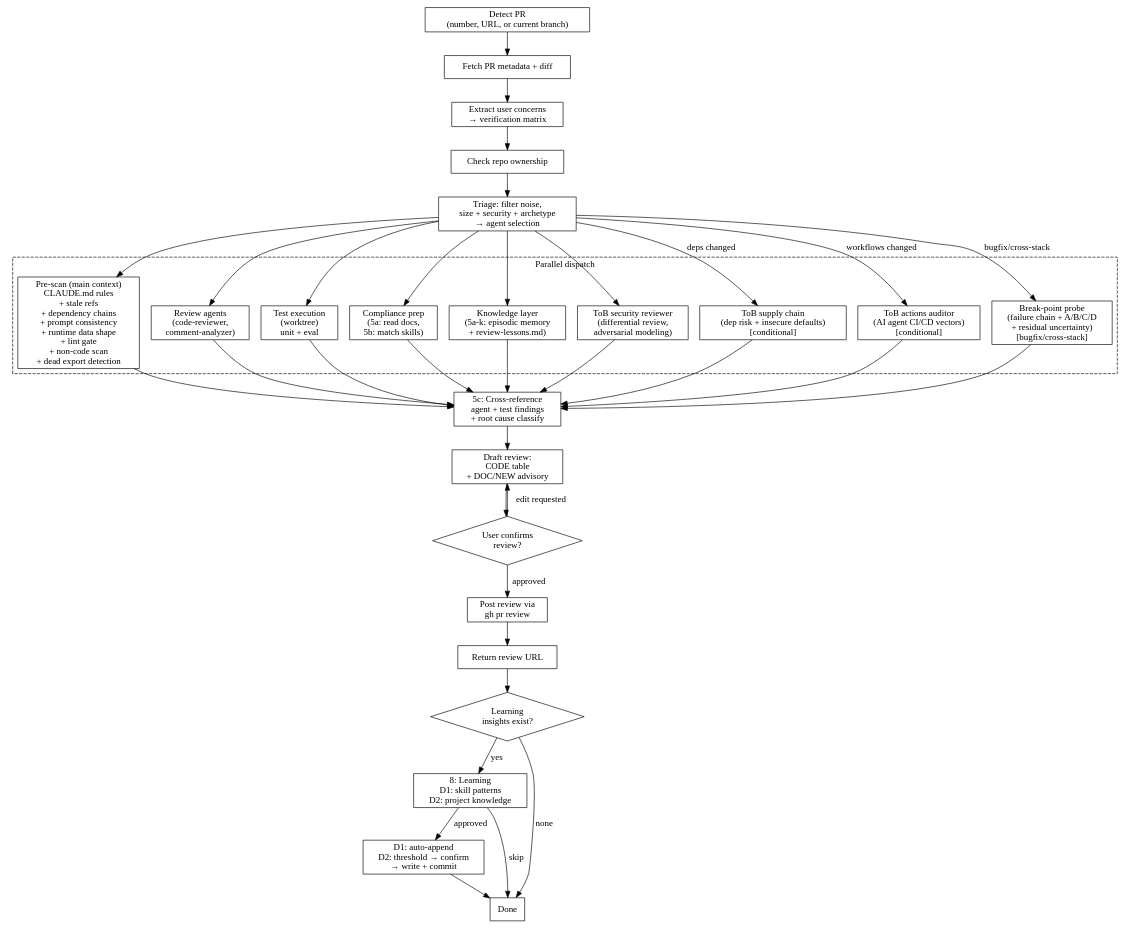
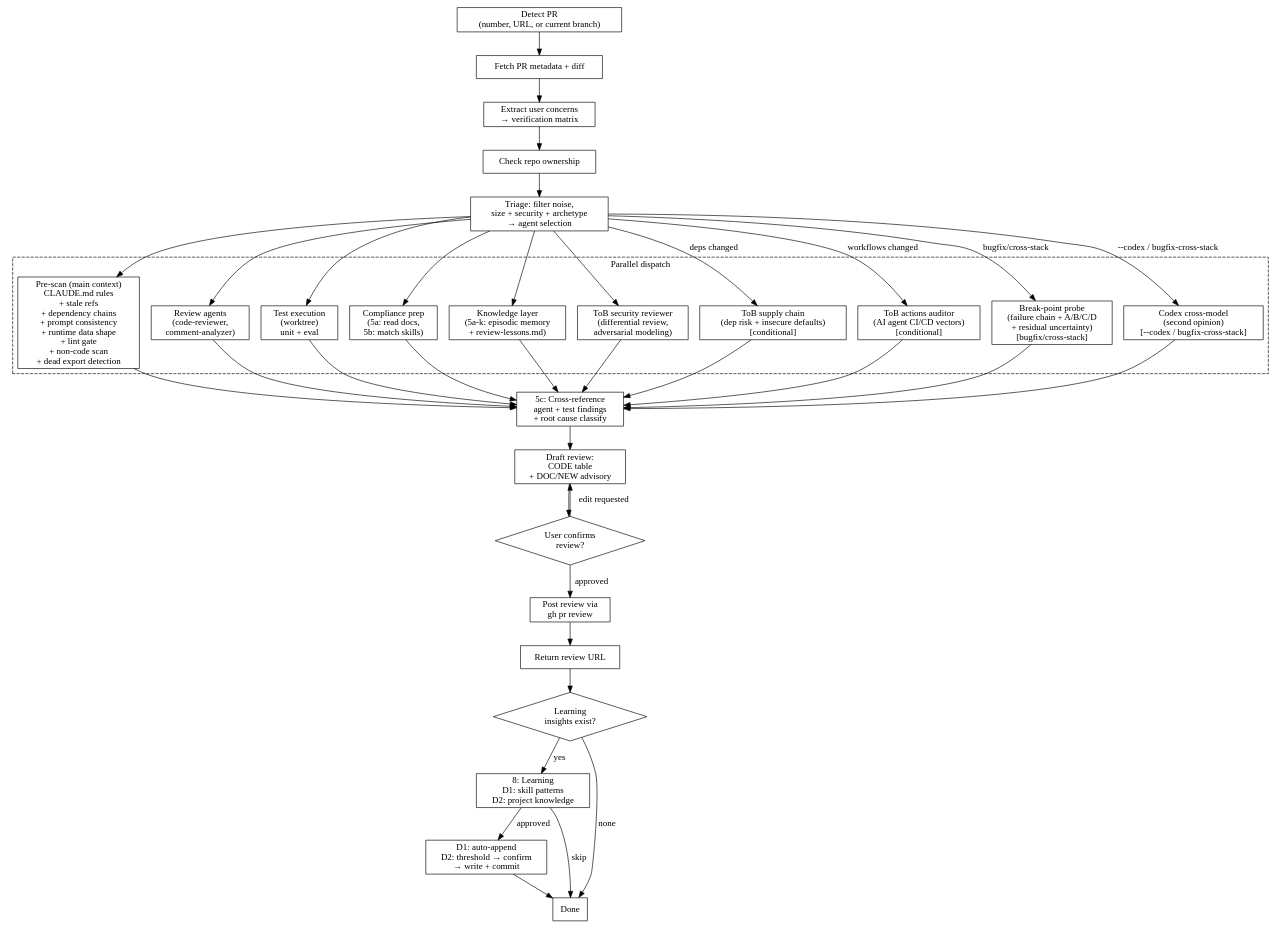
One commit to iamcxa/kc-claude-plugins changed the diagram in kc-pr-flow/skills/kc-pr-review/SKILL.md. Above: the diagram before and after it, drawn with Graphviz. The commit also changed other lines of this file and 2 other files, not shown here.

First line of the commit message:
feat(kc-pr-flow): add per-agent confidence calibration + Codex cross-model second opinion

````diff
--- a/kc-pr-flow/skills/kc-pr-review/SKILL.md
+++ b/kc-pr-flow/skills/kc-pr-review/SKILL.md
@@ -12,73 +12,76 @@
 ```dot
 digraph review_pr {
   rankdir=TB;
   node [shape=box];
 
   detect [label="Detect PR\n(number, URL, or current branch)"];
   fetch [label="Fetch PR metadata + diff"];
   concerns [label="Extract user concerns\n→ verification matrix"];
   ownership [label="Check repo ownership"];
   triage [label="Triage: filter noise,\nsize + security + archetype\n→ agent selection"];
 
   subgraph cluster_parallel {
     label="Parallel dispatch";
     style=dashed;
     prescan [label="Pre-scan (main context)\nCLAUDE.md rules\n+ stale refs\n+ dependency chains\n+ prompt consistency\n+ runtime data shape\n+ lint gate\n+ non-code scan\n+ dead export detection"];
     review [label="Review agents\n(code-reviewer,\ncomment-analyzer)"];
     tests [label="Test execution\n(worktree)\nunit + eval"];
     audit_prep [label="Compliance prep\n(5a: read docs,\n5b: match skills)"];
     knowledge [label="Knowledge layer\n(5a-k: episodic memory\n+ review-lessons.md)"];
     tob_security [label="ToB security reviewer\n(differential review,\nadversarial modeling)"];
     tob_supply [label="ToB supply chain\n(dep risk + insecure defaults)\n[conditional]"];
     tob_actions [label="ToB actions auditor\n(AI agent CI/CD vectors)\n[conditional]"];
     probe [label="Break-point probe\n(failure chain + A/B/C/D\n+ residual uncertainty)\n[bugfix/cross-stack]"];
+    codex [label="Codex cross-model\n(second opinion)\n[--codex / bugfix-cross-stack]"];
   }
 
   classify [label="5c: Cross-reference\nagent + test findings\n+ root cause classify"];
   draft [label="Draft review:\nCODE table\n+ DOC/NEW advisory"];
 
   node [shape=diamond];
   confirm [label="User confirms\nreview?"];
 
   node [shape=box];
   post [label="Post review via\ngh pr review"];
   review_url [label="Return review URL"];
 
   node [shape=diamond];
   has_learning [label="Learning\ninsights exist?"];
 
   node [shape=box];
   capture [label="8: Learning\nD1: skill patterns\nD2: project knowledge"];
   write_knowledge [label="D1: auto-append\nD2: threshold → confirm\n→ write + commit"];
   end_node [label="Done"];
 
   detect -> fetch -> concerns -> ownership -> triage;
   triage -> prescan;
   triage -> review;
   triage -> tests;
   triage -> audit_prep;
   triage -> knowledge;
   triage -> tob_security;
   triage -> tob_supply [label="deps changed"];
   triage -> tob_actions [label="workflows changed"];
   triage -> probe [label="bugfix/cross-stack"];
+  triage -> codex [label="--codex / bugfix-cross-stack"];
   prescan -> classify;
   review -> classify;
   tests -> classify;
   audit_prep -> classify;
   knowledge -> classify;
   tob_security -> classify;
   tob_supply -> classify;
   tob_actions -> classify;
   probe -> classify;
+  codex -> classify;
   classify -> draft -> confirm;
   confirm -> post [label="approved"];
   confirm -> draft [label="edit requested"];
   post -> review_url -> has_learning;
   has_learning -> capture [label="yes"];
   has_learning -> end_node [label="none"];
   capture -> write_knowledge [label="approved"];
   capture -> end_node [label="skip"];
   write_knowledge -> end_node;
 }
 ```
````
